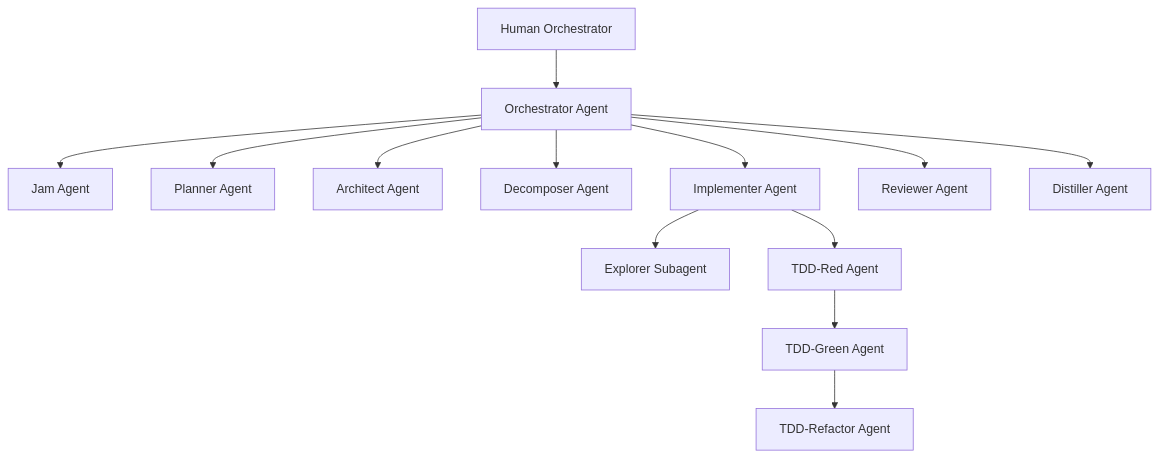
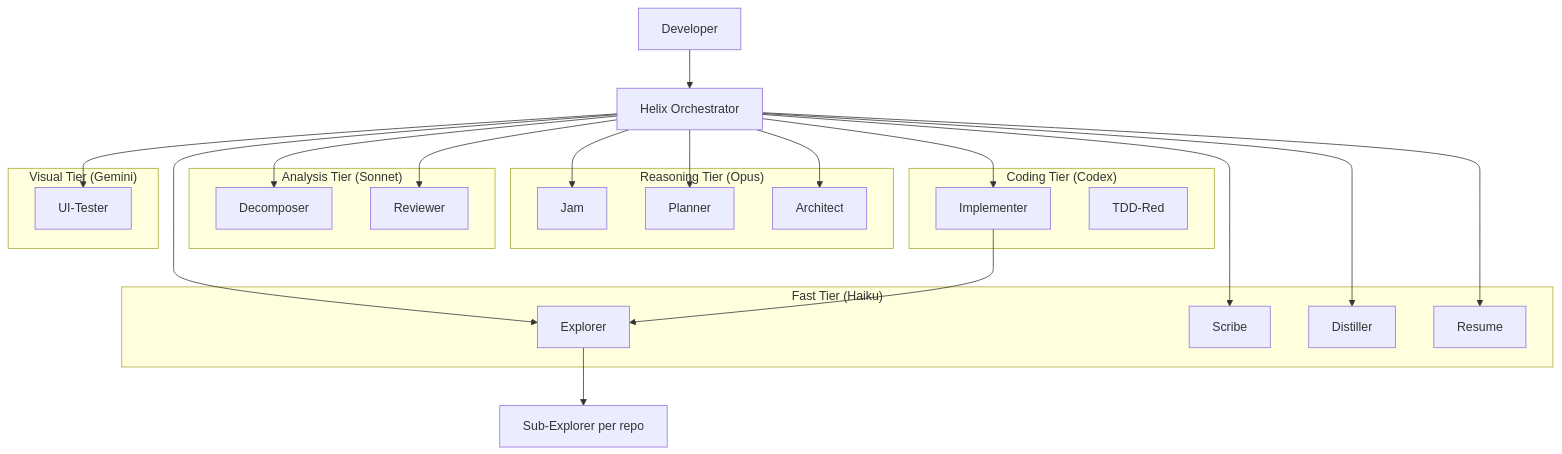
One commit to HariharanS/helix changed the diagram in AGENTS.md. Above: the diagram before and after it, drawn with Mermaid. The commit also changed other lines of this file and 64 other files, not shown here.

````diff
--- a/AGENTS.md
+++ b/AGENTS.md
@@ -8,15 +11,37 @@
 ```mermaid
 graph TD
-    Human[Human Orchestrator] --> Orchestrator[Orchestrator Agent]
-    Orchestrator --> Jam[Jam Agent]
-    Orchestrator --> Planner[Planner Agent]
-    Orchestrator --> Architect[Architect Agent]
-    Orchestrator --> Decomposer[Decomposer Agent]
-    Orchestrator --> Implementer[Implementer Agent]
-    Orchestrator --> Reviewer[Reviewer Agent]
-    Orchestrator --> Distiller[Distiller Agent]
-    Implementer --> Explorer[Explorer Subagent]
-    Implementer --> TDDRed[TDD-Red Agent]
-    TDDRed --> TDDGreen[TDD-Green Agent]
-    TDDGreen --> TDDRefactor[TDD-Refactor Agent]
+    Human[Developer] --> Helix[Helix Orchestrator]
+
+    subgraph "Reasoning Tier (Opus)"
+        Jam[Jam]
+        Planner[Planner]
+        Architect[Architect]
+    end
+
+    subgraph "Analysis Tier (Sonnet)"
+        Decomposer[Decomposer]
+        Reviewer[Reviewer]
+    end
+
+    subgraph "Coding Tier (Codex)"
+        Implementer[Implementer]
+        TDDRed[TDD-Red]
+    end
+
+    subgraph "Fast Tier (Haiku)"
+        Explorer[Explorer]
+        Scribe[Scribe]
+        Distiller[Distiller]
+        Resume[Resume]
+    end
+
+    subgraph "Visual Tier (Gemini)"
+        UITester[UI-Tester]
+    end
+
+    Helix --> Jam & Planner & Architect & Decomposer
+    Helix --> Explorer & Implementer & Reviewer
+    Helix --> Scribe & Distiller & Resume & UITester
+    Explorer --> SubExplorer[Sub-Explorer per repo]
+    Implementer --> Explorer
 ```
````
